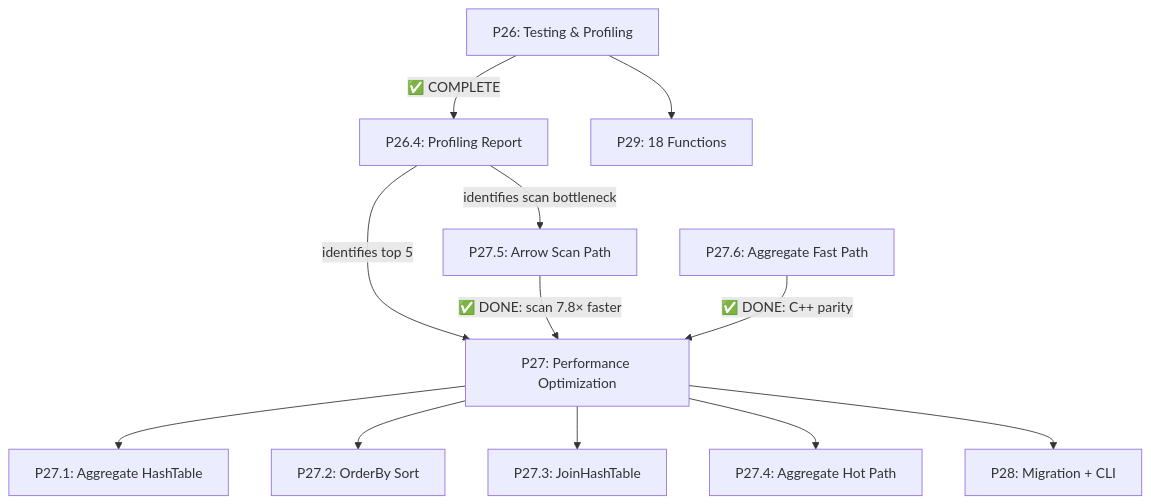
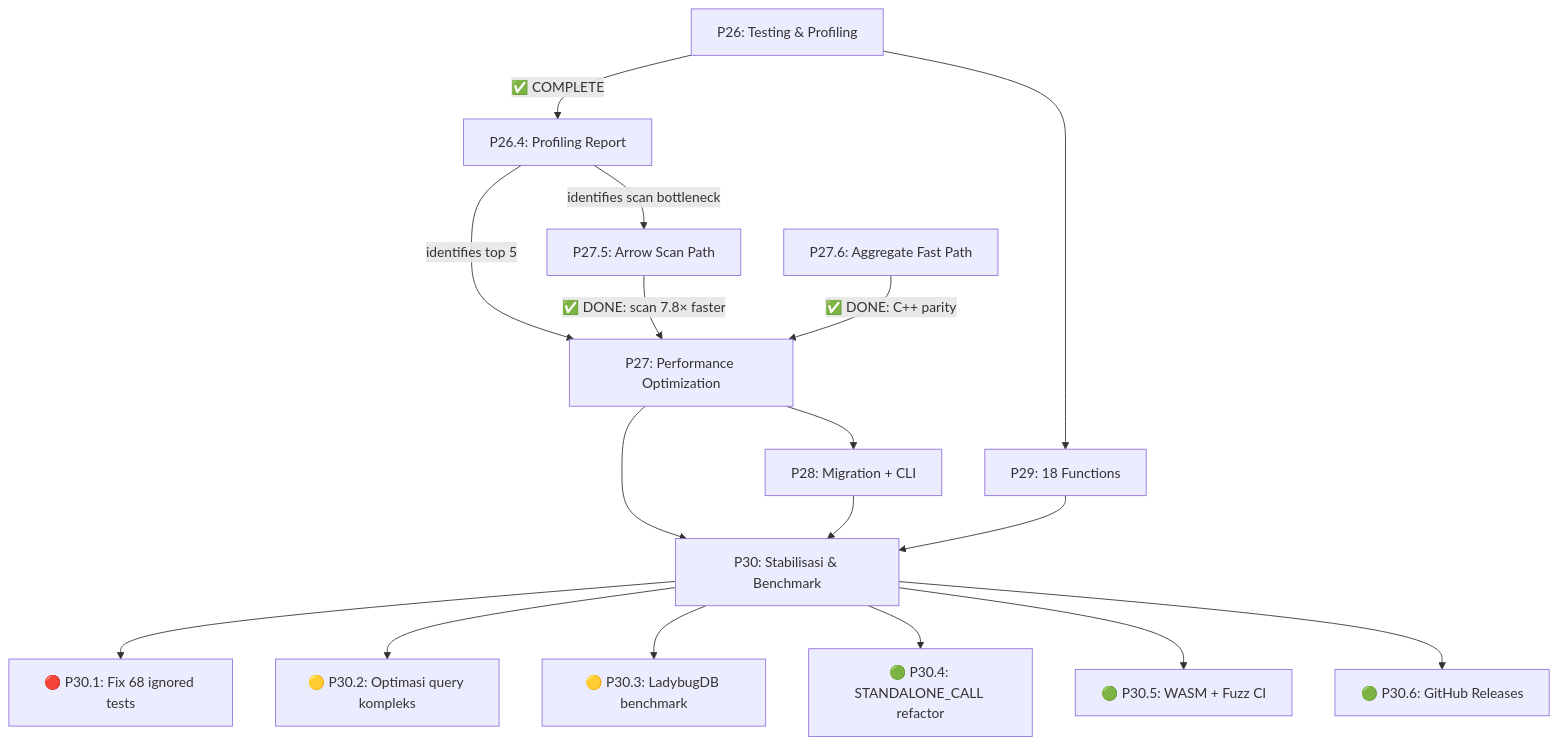
The diagram in kuzu-core/implementation_plan.md (mlengse/akar), drawn with Mermaid before and after one commit. The commit also changed other lines of this file, not shown here.

````diff
--- a/kuzu-core/implementation_plan.md
+++ b/kuzu-core/implementation_plan.md
@@ -486,14 +445,19 @@
 ```mermaid
 graph TD
     P26["P26: Testing & Profiling"] -->|✅ COMPLETE| P26_4["P26.4: Profiling Report"]
     P26_4 -->|identifies scan bottleneck| P27_5["P27.5: Arrow Scan Path"]
     P26_4 -->|identifies top 5| P27["P27: Performance Optimization"]
     P27_5 -->|✅ DONE: scan 7.8× faster| P27
     P27_6["P27.6: Aggregate Fast Path"] -->|✅ DONE: C++ parity| P27
-    P27 --> P27_1["P27.1: Aggregate HashTable"]
-    P27 --> P27_2["P27.2: OrderBy Sort"]
-    P27 --> P27_3["P27.3: JoinHashTable"]
-    P27 --> P27_4["P27.4: Aggregate Hot Path"]
     P27 --> P28["P28: Migration + CLI"]
     P26 --> P29["P29: 18 Functions"]
+    P27 --> P30["P30: Stabilisasi & Benchmark"]
+    P28 --> P30
+    P29 --> P30
+    P30 --> P30_1["🔴 P30.1: Fix 68 ignored tests"]
+    P30 --> P30_2["🟡 P30.2: Optimasi query kompleks"]
+    P30 --> P30_3["🟡 P30.3: LadybugDB benchmark"]
+    P30 --> P30_4["🟢 P30.4: STANDALONE_CALL refactor"]
+    P30 --> P30_5["🟢 P30.5: WASM + Fuzz CI"]
+    P30 --> P30_6["🟢 P30.6: GitHub Releases"]
 ```
````
